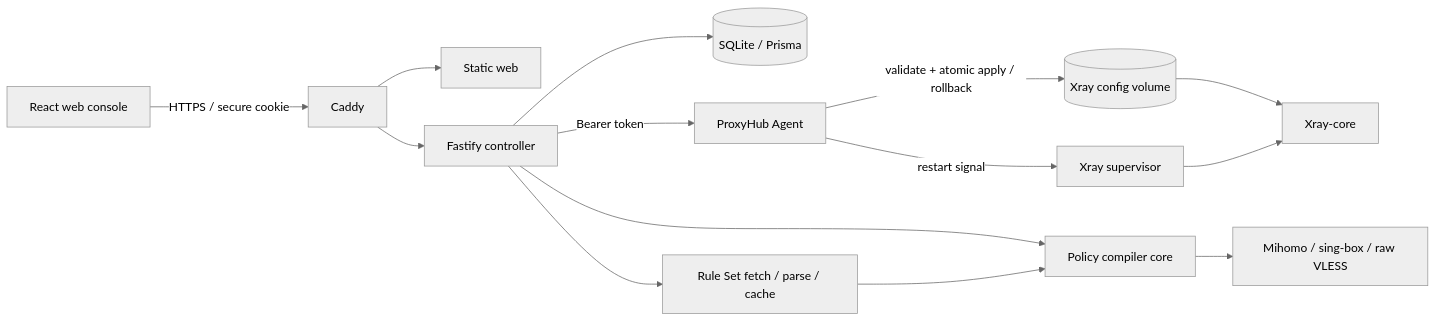
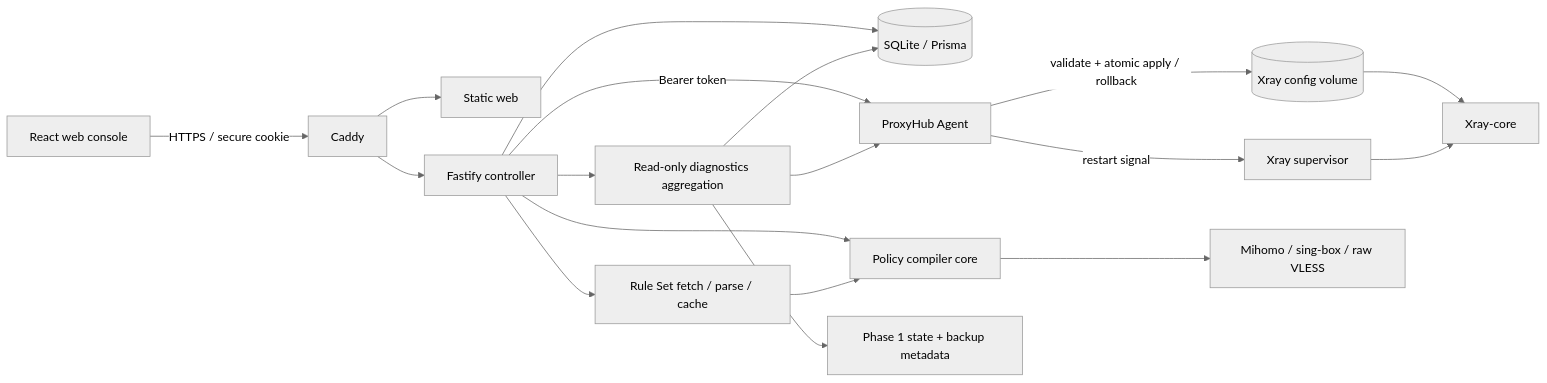
The diagram in README.md (TNMMDLA/ProxyHub), drawn with Mermaid (neutral theme) before and after one commit. The commit also changed other lines of this file and 43 other files, not shown here.

Commit message:
feat: add read-only diagnostics center

````diff
--- a/README.md
+++ b/README.md
@@ -47,16 +52,20 @@
 ```mermaid
 flowchart LR
   Browser["React web console"] -->|HTTPS / secure cookie| Caddy
   Caddy --> Web["Static web"]
   Caddy --> API["Fastify controller"]
   API --> DB[("SQLite / Prisma")]
   API -->|Bearer token| Agent["ProxyHub Agent"]
   Agent -->|validate + atomic apply / rollback| Config[("Xray config volume")]
   Agent -->|restart signal| Supervisor["Xray supervisor"]
   Config --> Xray["Xray-core"]
   Supervisor --> Xray
   API --> Policy["Policy compiler core"]
   API --> Rules["Rule Set fetch / parse / cache"]
+  API --> Diagnostics["Read-only diagnostics aggregation"]
+  Diagnostics --> Agent
+  Diagnostics --> DB
+  Diagnostics --> Ops["Phase 1 state + backup metadata"]
   Rules --> Policy
   Policy --> Sub["Mihomo / sing-box / raw VLESS"]
 ```
````
